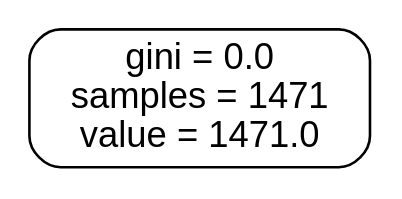
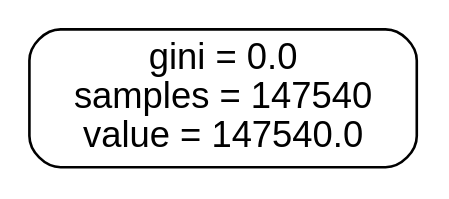
Before and after one commit to Steffanic/ML-Jet-BG-Subtraction: the diagram in Oracles/Oracle_0.3_30.dot, drawn with Graphviz. The commit also changed 282 other files, not shown here.

```diff
--- a/Oracles/Oracle_0.3_30.dot
+++ b/Oracles/Oracle_0.3_30.dot
@@ -1,5 +1,5 @@
 digraph Tree {
 node [shape=box, style="filled, rounded", color="black", fontname=helvetica] ;
 edge [fontname=helvetica] ;
-0 [label="gini = 0.0\nsamples = 1471\nvalue = 1471.0", fillcolor="#ffffff"] ;
+0 [label="gini = 0.0\nsamples = 147540\nvalue = 147540.0", fillcolor="#ffffff"] ;
 }
```
